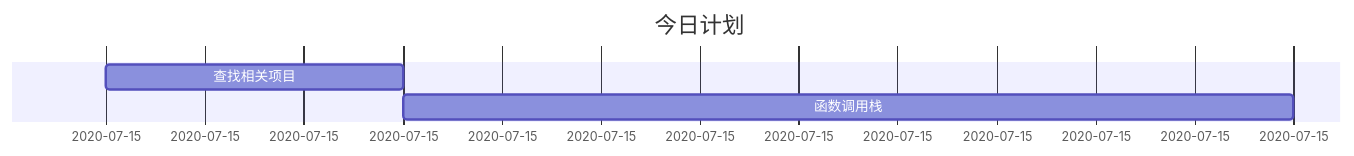
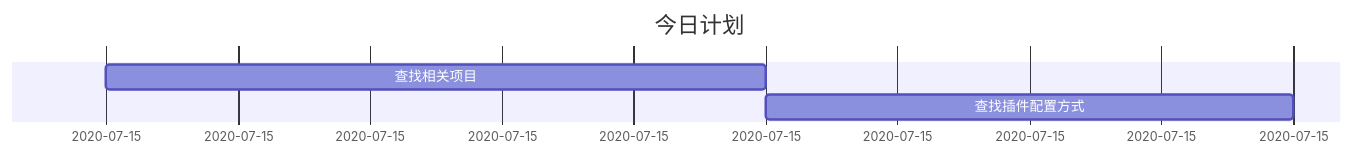
Before and after one commit to luotianqi777/Notebook: the second of 2 diagrams in Plan.md, drawn with Mermaid. The commit also changed 2 other files, not shown here.

Commit message:
中间件研究

````diff
--- a/Plan.md
+++ b/Plan.md
@@ -20,7 +20,7 @@
 ```mermaid
 gantt
 dateFormat  HH:mm
 title 今日计划
-查找相关项目: 09:00, 12:00
-函数调用栈: 12:00,21:00
+查找相关项目: 09:00, 14:00
+查找插件配置方式: 14:00,18:00
 ```
````
